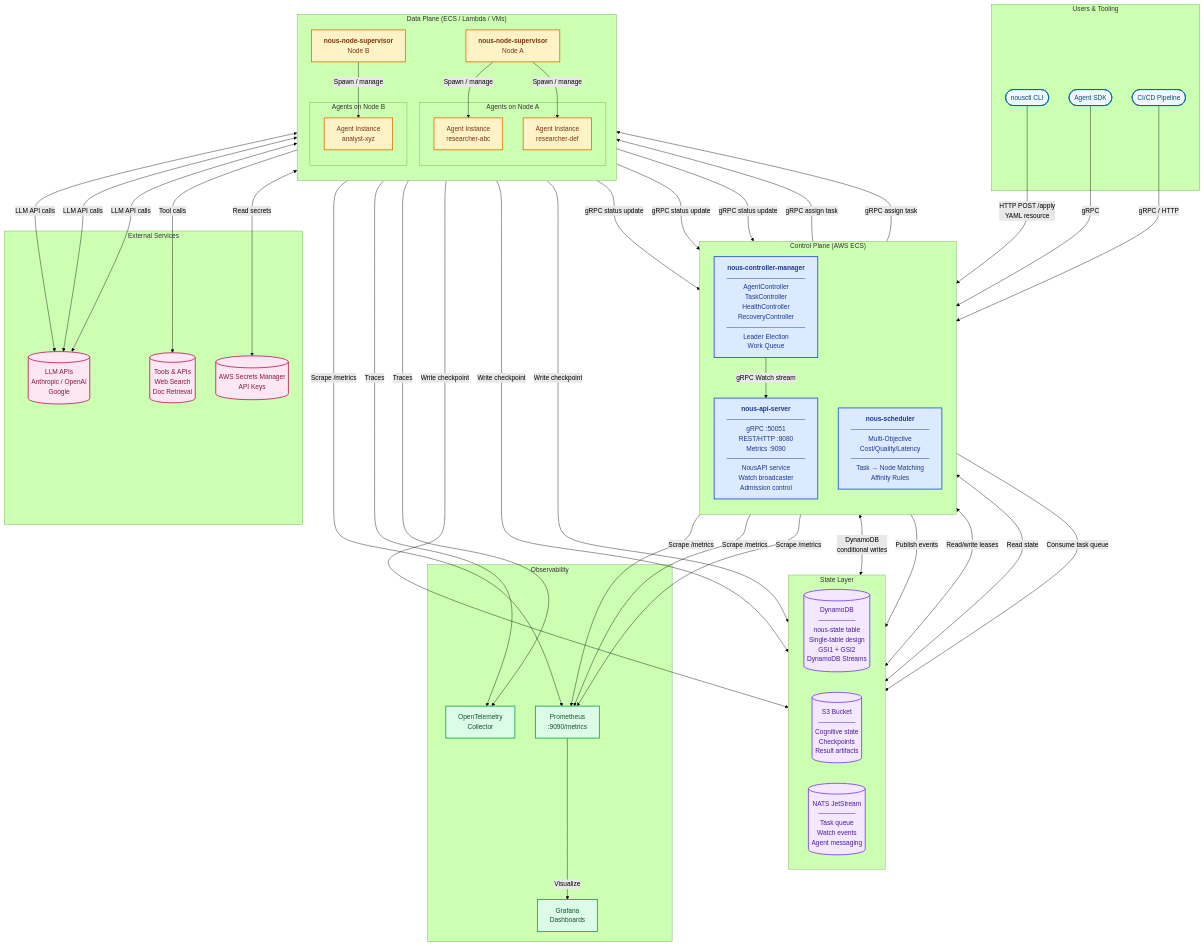
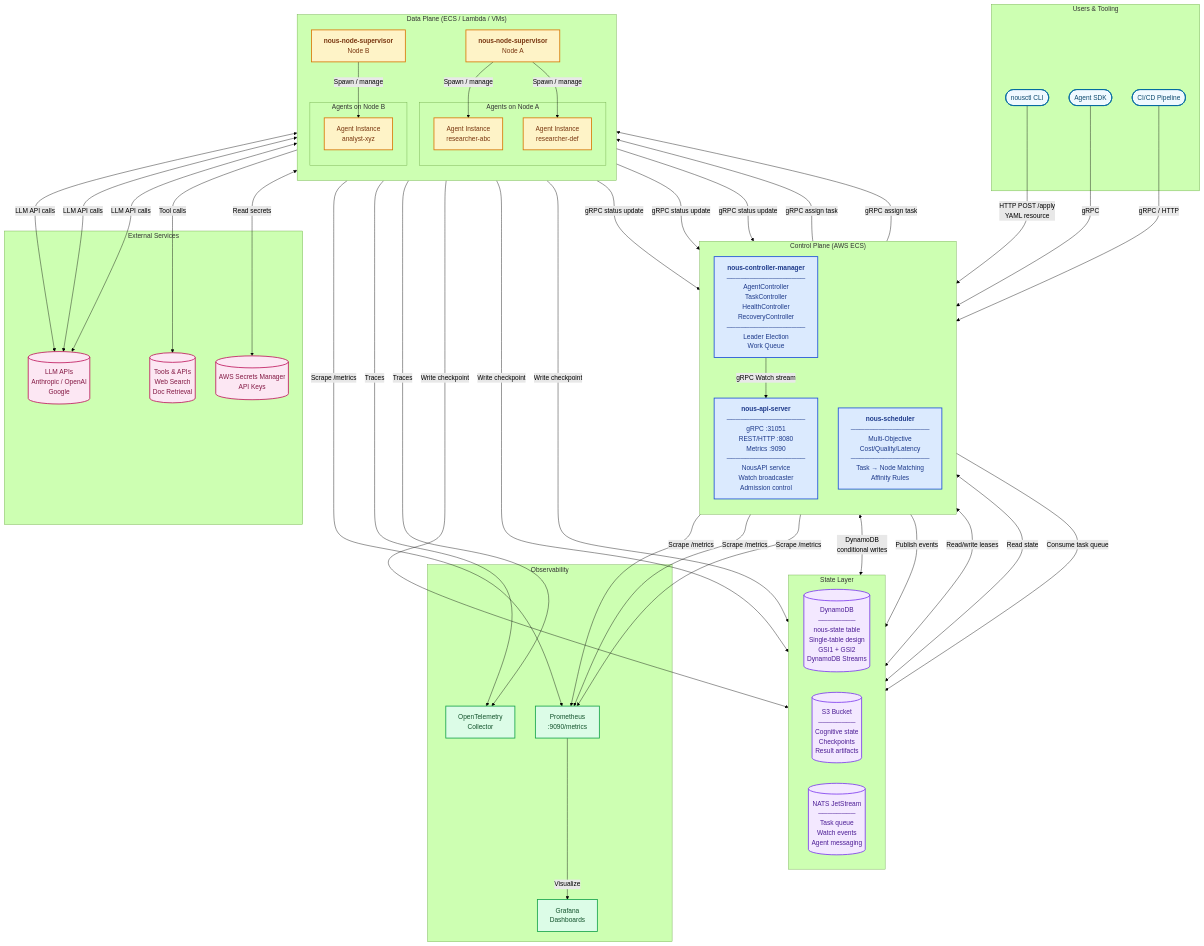
Before and after one commit to nousproj/nous-docs: the first of 8 diagrams in docs/architecture/visual-architecture.md, drawn with Mermaid (forest theme). The commit also changed 5 other files, not shown here.

```diff
--- a/docs/architecture/visual-architecture.md
+++ b/docs/architecture/visual-architecture.md
@@ -18,7 +18,7 @@
 
     subgraph ControlPlane["Control Plane (AWS ECS)"]
         direction TB
-        API["<b>nous-api-server</b><br/>─────────────────<br/>gRPC :50051<br/>REST/HTTP :8080<br/>Metrics :9090<br/>─────────────────<br/>NousAPI service<br/>Watch broadcaster<br/>Admission control"]
+        API["<b>nous-api-server</b><br/>─────────────────<br/>gRPC :31051<br/>REST/HTTP :8080<br/>Metrics :9090<br/>─────────────────<br/>NousAPI service<br/>Watch broadcaster<br/>Admission control"]
         CM["<b>nous-controller-manager</b><br/>─────────────────<br/>AgentController<br/>TaskController<br/>HealthController<br/>RecoveryController<br/>─────────────────<br/>Leader Election<br/>Work Queue"]
         SCH["<b>nous-scheduler</b><br/>─────────────────<br/>Multi-Objective<br/>Cost/Quality/Latency<br/>─────────────────<br/>Task → Node Matching<br/>Affinity Rules"]
     end
```
